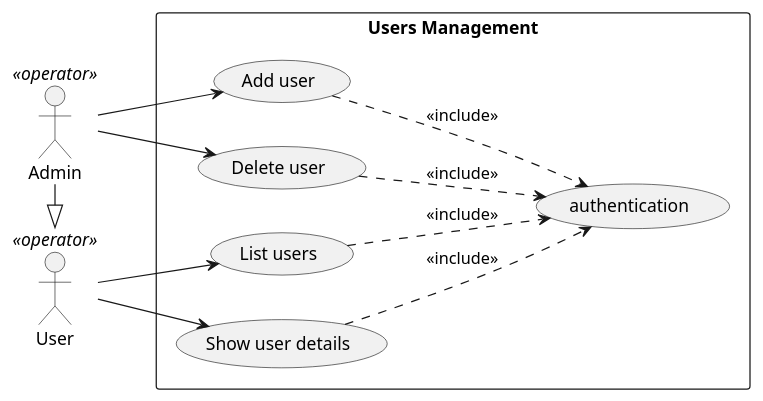
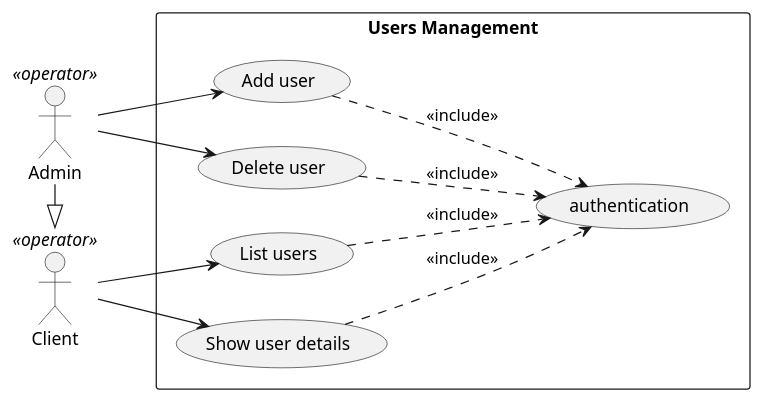
One commit to Xwyk/BileMo changed the diagram in diagrams/UseCases/UseCase_UsersManagement.puml. Above: the diagram before and after it, drawn with PlantUML. The commit also changed 6 other files, not shown here.

```diff
--- a/diagrams/UseCases/UseCase_UsersManagement.puml
+++ b/diagrams/UseCases/UseCase_UsersManagement.puml
@@ -1,28 +1,28 @@
 @startuml
 
 left to right direction
 
-User    <<operator>> as user
+Client    <<operator>> as user
 Admin    <<operator>> as admin
 
 rectangle "Users Management" {
   (Add user) as addUser
   (Delete user) as delUser
   (List users) as listUsers
   (Show user details) as showUser
   (authentication) as auth
 }
 
 admin --> addUser
 admin --> delUser
 user --> showUser
 user --> listUsers
 
 addUser ..> auth : <<include>>
 delUser ..> auth : <<include>>
 showUser ..> auth : <<include>>
 listUsers ..> auth : <<include>>
 
 admin -|> user
 
 @enduml
```
